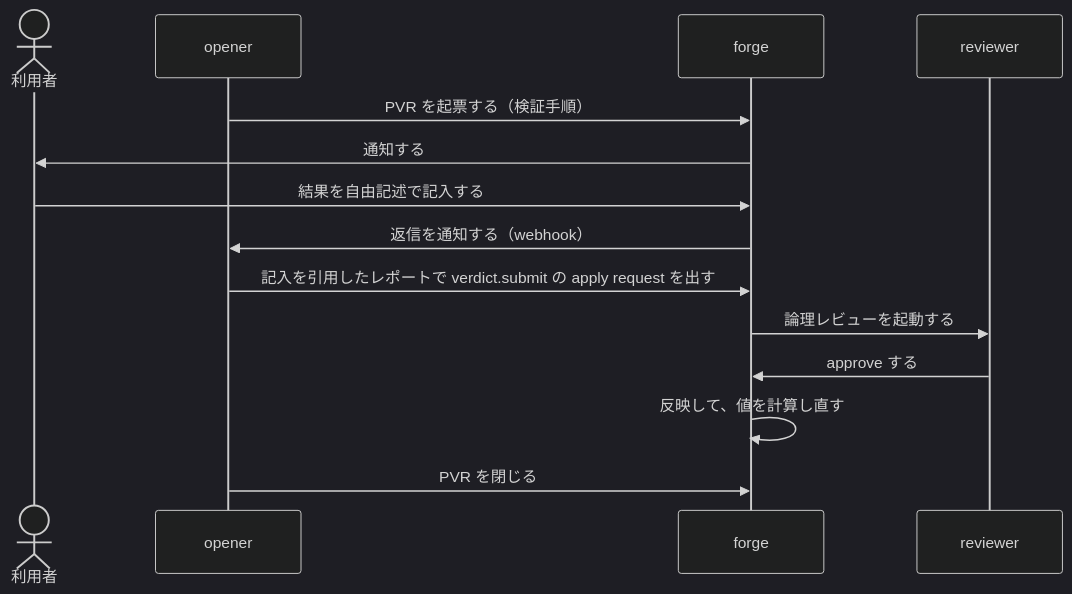
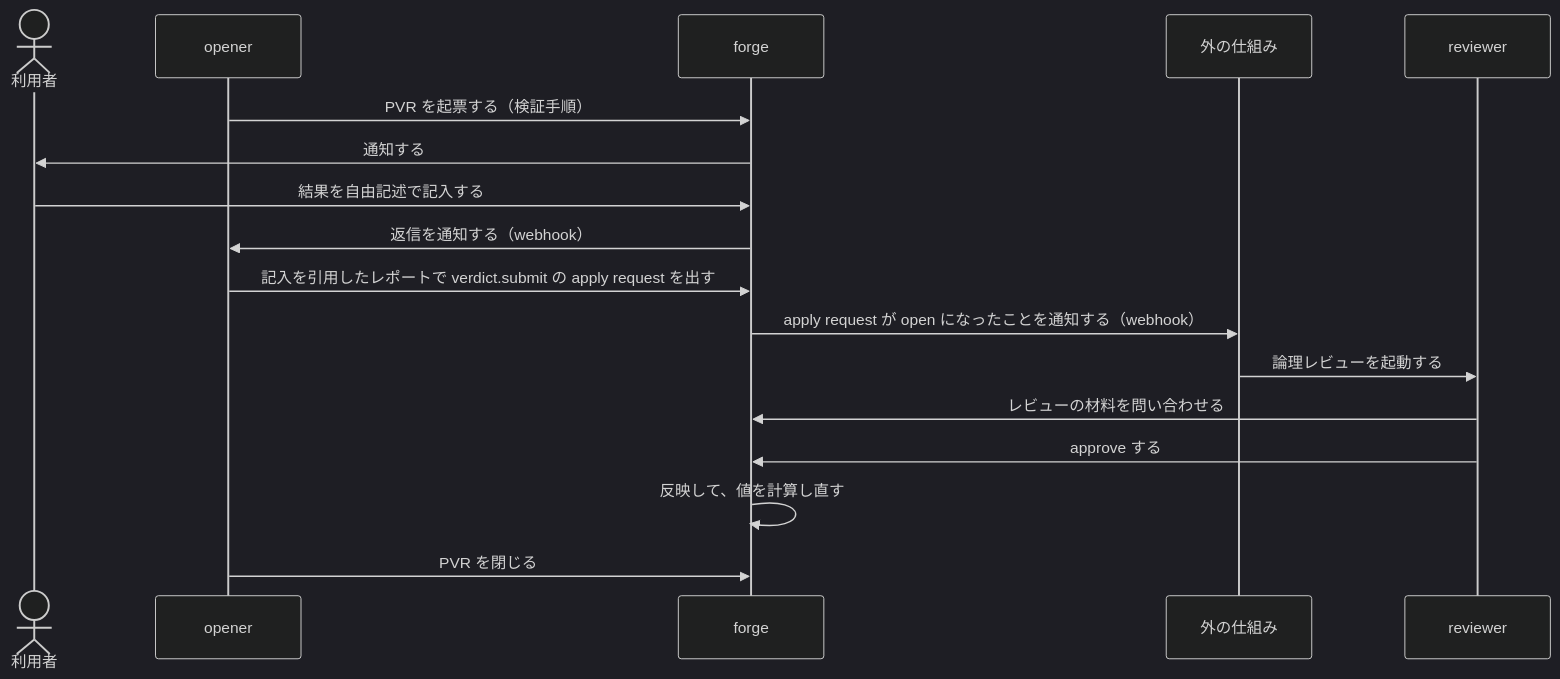
The diagram in docs/threads/README.md (yamambainc/logiforge), drawn with Mermaid (dark theme) before and after one commit. The commit also changed other lines of this file and 14 other files, not shown here.

````diff
--- a/docs/threads/README.md
+++ b/docs/threads/README.md
@@ -45,16 +53,19 @@
 ```mermaid
 sequenceDiagram
   actor U as 利用者
   participant O as opener
   participant H as forge
+  participant X as 外の仕組み
   participant R as reviewer
   O->>H: PVR を起票する（検証手順）
   H->>U: 通知する
   U->>H: 結果を自由記述で記入する
   H->>O: 返信を通知する（webhook）
   O->>H: 記入を引用したレポートで verdict.submit の apply request を出す
-  H->>R: 論理レビューを起動する
+  H->>X: apply request が open になったことを通知する（webhook）
+  X->>R: 論理レビューを起動する
+  R->>H: レビューの材料を問い合わせる
   R->>H: approve する
   H->>H: 反映して、値を計算し直す
   O->>H: PVR を閉じる
 ```
````
